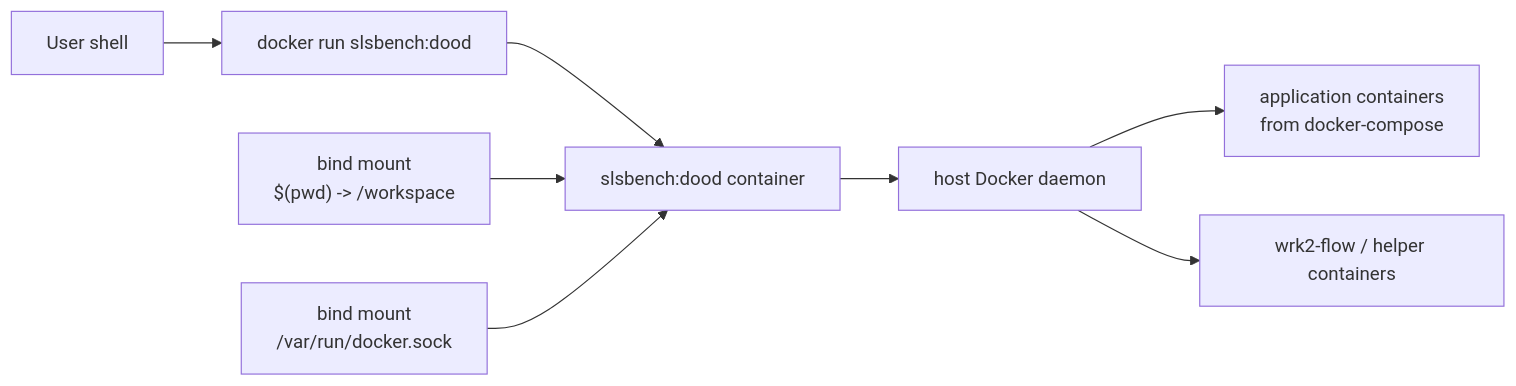
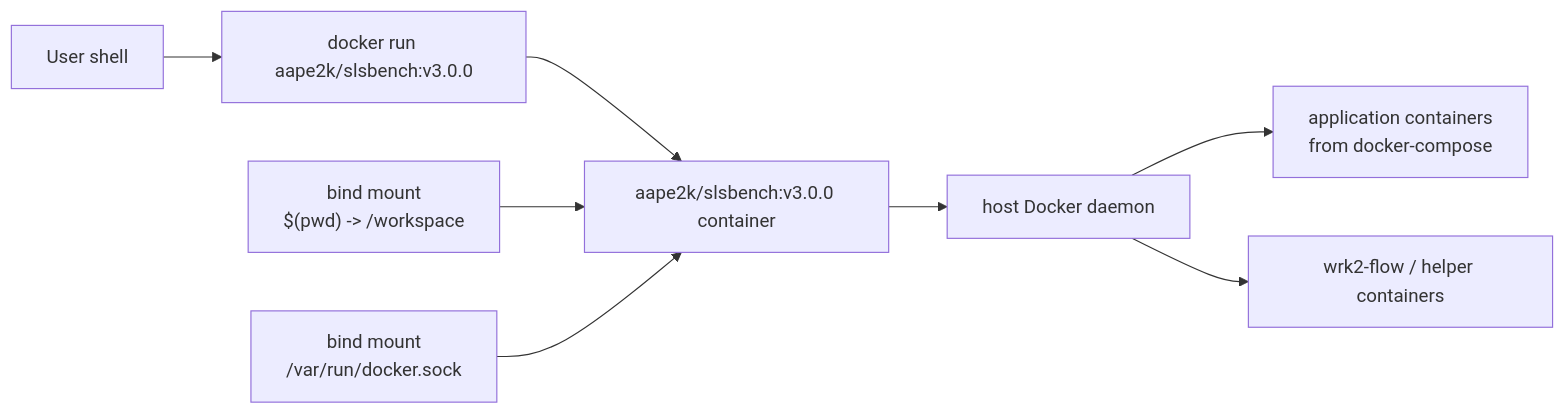
One commit to d-iii-s/serverless-benchmarking changed the fifth of 6 diagrams in README.md. Above: the diagram before and after it, drawn with Mermaid. The commit also changed other lines of this file and 6 other files, not shown here.

````diff
--- a/README.md
+++ b/README.md
@@ -437,10 +447,10 @@
 ```mermaid
 flowchart LR
-    User["User shell"] --> RunCmd["docker run slsbench:dood"]
-    RunCmd --> Dood["slsbench:dood container"]
+    User["User shell"] --> RunCmd["docker run aape2k/slsbench:v3.0.0"]
+    RunCmd --> Dood["aape2k/slsbench:v3.0.0 container"]
     Workspace["bind mount\n$(pwd) -> /workspace"] --> Dood
     Socket["bind mount\n/var/run/docker.sock"] --> Dood
     Dood --> HostDocker["host Docker daemon"]
     HostDocker --> AppContainers["application containers\nfrom docker-compose"]
     HostDocker --> BenchContainers["wrk2-flow / helper containers"]
 ```
````
